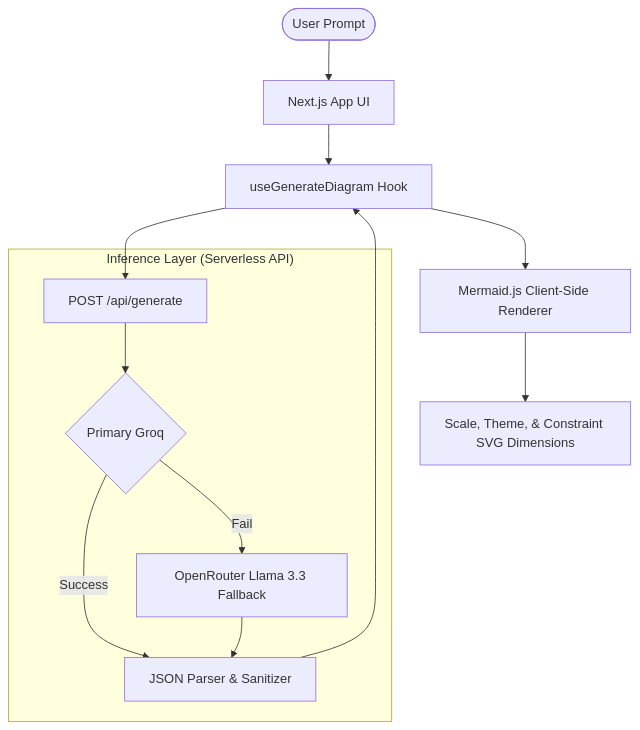
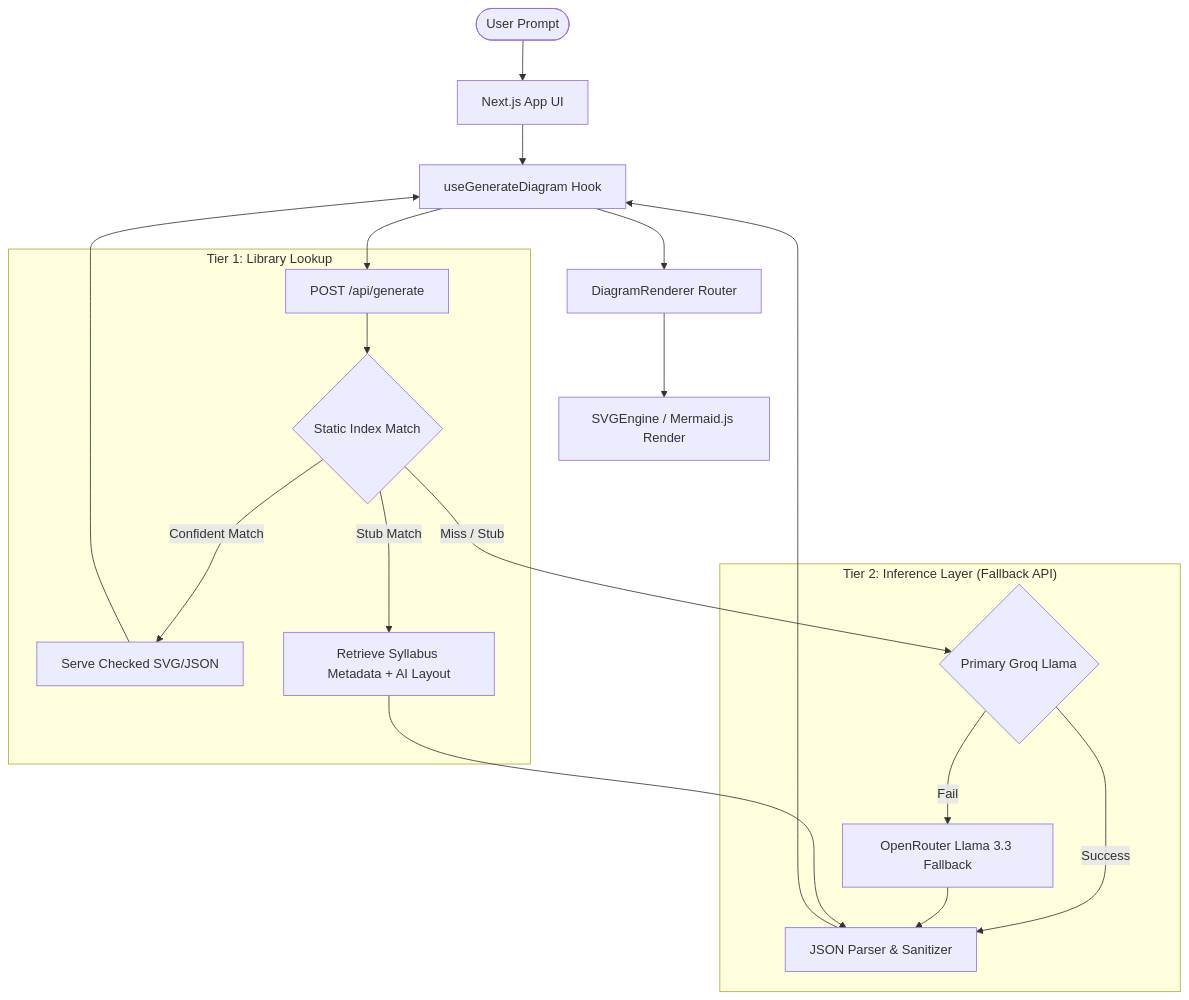
The diagram in README.md (TechWithAkash/diagram-ai), drawn with Mermaid before and after one commit. The commit also changed other lines of this file and 46 other files, not shown here.

Commit message:
extc dept diagram added

````diff
--- a/README.md
+++ b/README.md
@@ -41,17 +116,25 @@
 ```mermaid
 graph TD
   User([User Prompt]) --> UI[Next.js App UI]
   UI --> Hook[useGenerateDiagram Hook]
   Hook --> API[POST /api/generate]
   
-  subgraph LLM ["Inference Layer (Serverless API)"]
-    API --> Groq{Primary Groq}
+  subgraph T1 ["Tier 1: Library Lookup"]
+    API --> Library{Static Index Match}
+    Library -- Confident Match --> ReturnLib[Serve Checked SVG/JSON]
+    Library -- Stub Match --> AI_Coord[Retrieve Syllabus Metadata + AI Layout]
+  end
+
+  subgraph T2 ["Tier 2: Inference Layer (Fallback API)"]
+    Library -- Miss / Stub --> Groq{Primary Groq Llama}
     Groq -- Success --> Parse[JSON Parser & Sanitizer]
     Groq -- Fail --> OpenRouter[OpenRouter Llama 3.3 Fallback]
     OpenRouter --> Parse
   end
 
+  ReturnLib --> Hook
+  AI_Coord --> Parse
   Parse --> Hook
-  Hook --> Renderer[Mermaid.js Client-Side Renderer]
-  Renderer --> SVG[Scale, Theme, & Constraint SVG Dimensions]
+  Hook --> Renderer[DiagramRenderer Router]
+  Renderer --> SVG[SVGEngine / Mermaid.js Render]
 ```
````
